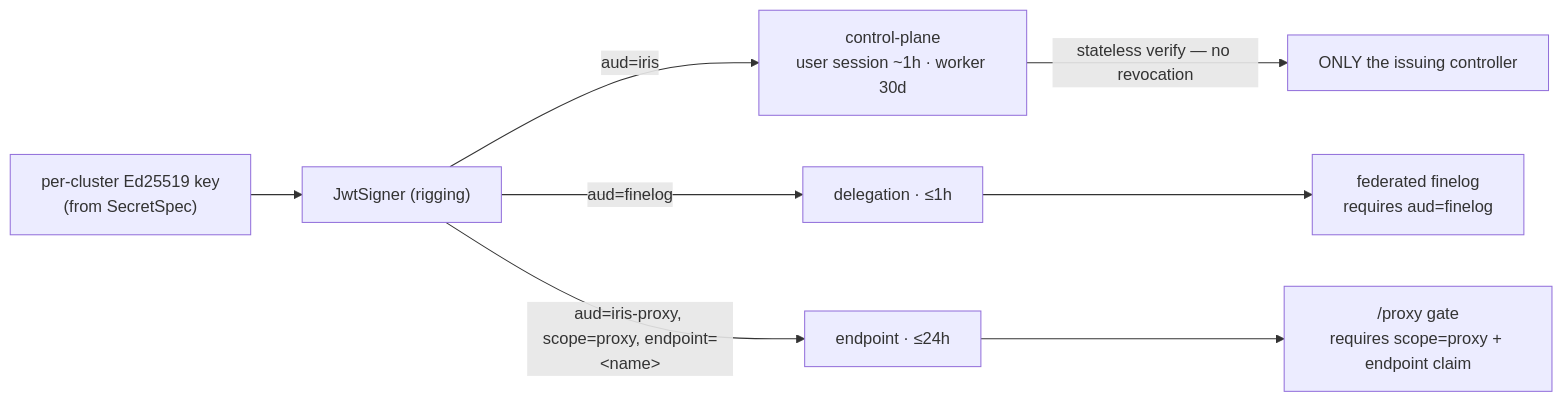
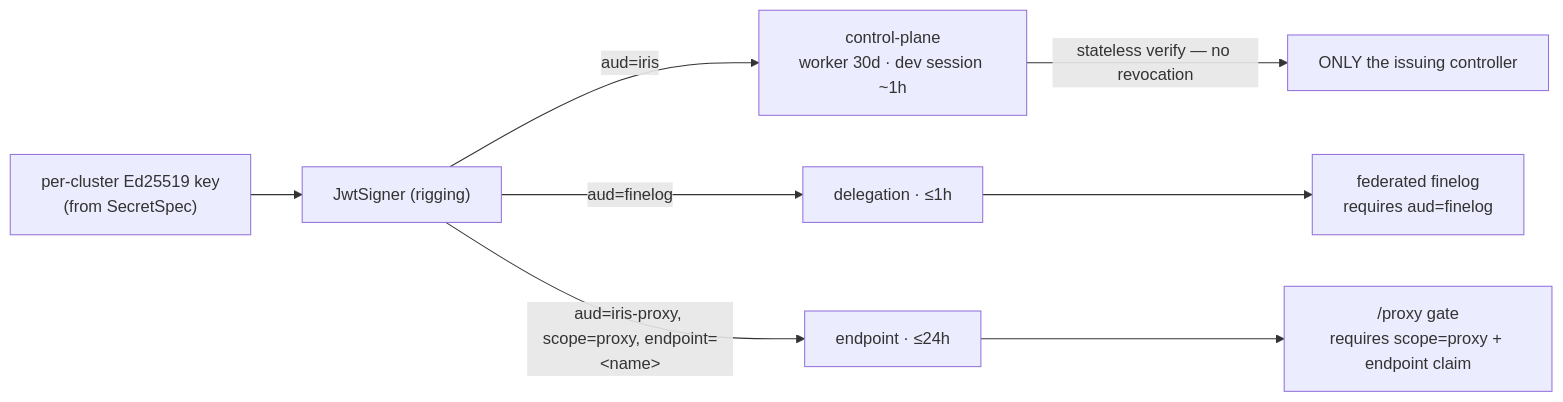
The second of 5 diagrams in .agents/projects/unified_server_auth/design.md (marin-community/marin), drawn with Mermaid before and after one commit. The commit also changed other lines of this file and 2 other files, not shown here.

First line of the commit message:
[auth] Document pure-IAP user auth and the endpoint/proxy token model

````diff
--- a/.agents/projects/unified_server_auth/design.md
+++ b/.agents/projects/unified_server_auth/design.md
@@ -121,10 +136,10 @@
 ```mermaid
 graph LR
     K["per-cluster Ed25519 key<br/>(from SecretSpec)"] --> S["JwtSigner (rigging)"]
-    S -->|"aud=iris"| T1["control-plane<br/>user session ~1h · worker 30d"]
+    S -->|"aud=iris"| T1["control-plane<br/>worker 30d · dev session ~1h"]
     S -->|"aud=finelog"| T2["delegation · ≤1h"]
     S -->|"aud=iris-proxy, scope=proxy, endpoint=&lt;name&gt;"| T3["endpoint · ≤24h"]
     T1 -->|"stateless verify — no revocation"| V1["ONLY the issuing controller"]
     T2 --> V2["federated finelog<br/>requires aud=finelog"]
     T3 --> V3["/proxy gate<br/>requires scope=proxy + endpoint claim"]
 ```
````
